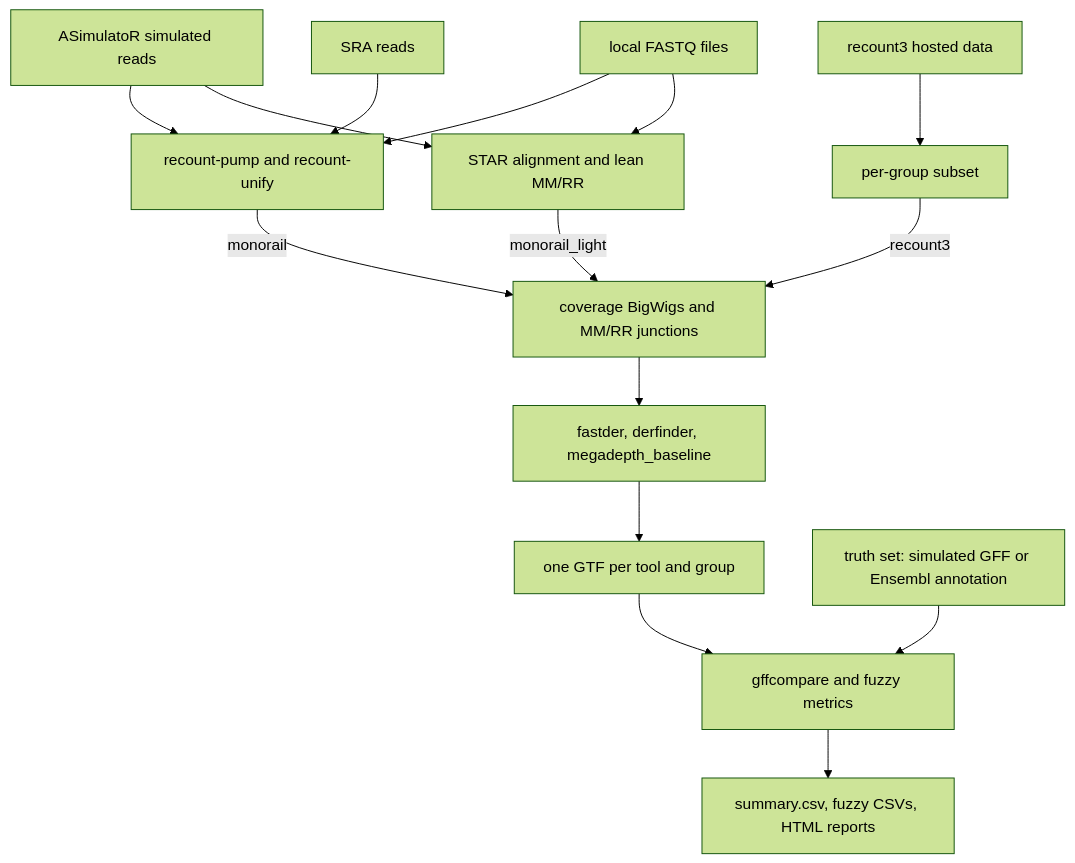
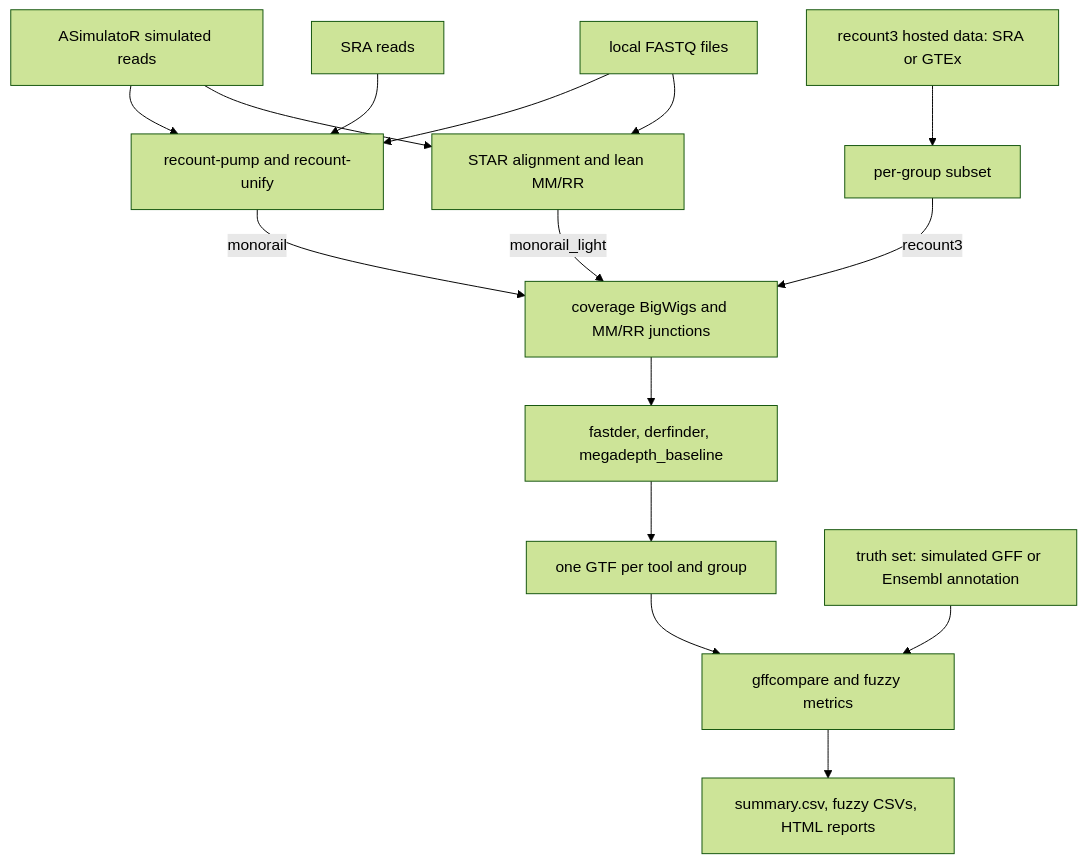
One commit to imallona/fastder_analysis changed the diagram in README.md. Above: the diagram before and after it, drawn with Mermaid (forest theme). The commit also changed other lines of this file and 13 other files, not shown here.

````diff
--- a/README.md
+++ b/README.md
@@ -15,24 +15,24 @@
 ```mermaid
 flowchart TD
     SIM[ASimulatoR simulated reads]
     LOCAL[local FASTQ files]
     SRA[SRA reads]
-    R3[recount3 hosted data]
+    R3[recount3 hosted data: SRA or GTEx]
 
     SIM --> PUMP[recount-pump and recount-unify]
     LOCAL --> PUMP
     SRA --> PUMP
     SIM --> STAR[STAR alignment and lean MM/RR]
     LOCAL --> STAR
     R3 --> SUBSET[per-group subset]
 
     PUMP -->|monorail| COV[coverage BigWigs and MM/RR junctions]
     STAR -->|monorail_light| COV
     SUBSET -->|recount3| COV
 
     COV --> TOOLS[fastder, derfinder, megadepth_baseline]
     TOOLS --> GTF[one GTF per tool and group]
     TRUTH[truth set: simulated GFF or Ensembl annotation] --> EVAL
     GTF --> EVAL[gffcompare and fuzzy metrics]
     EVAL --> OUT[summary.csv, fuzzy CSVs, HTML reports]
 ```
````
